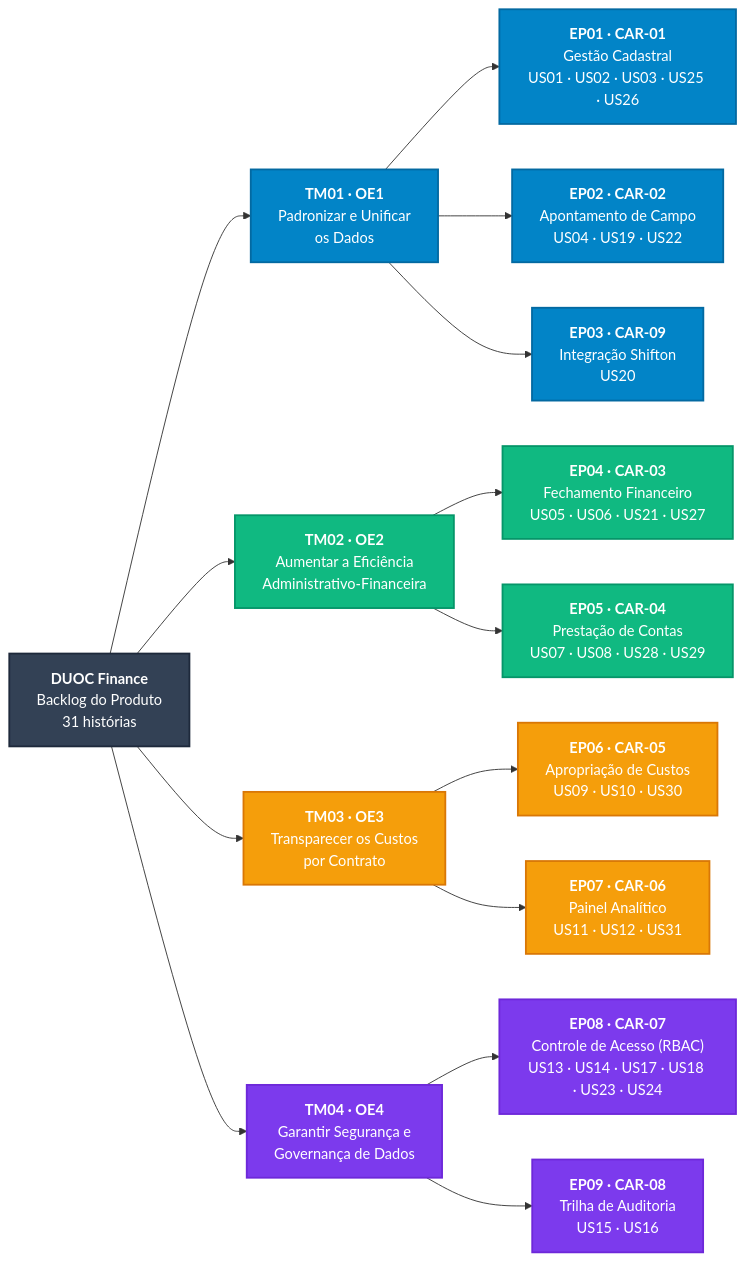
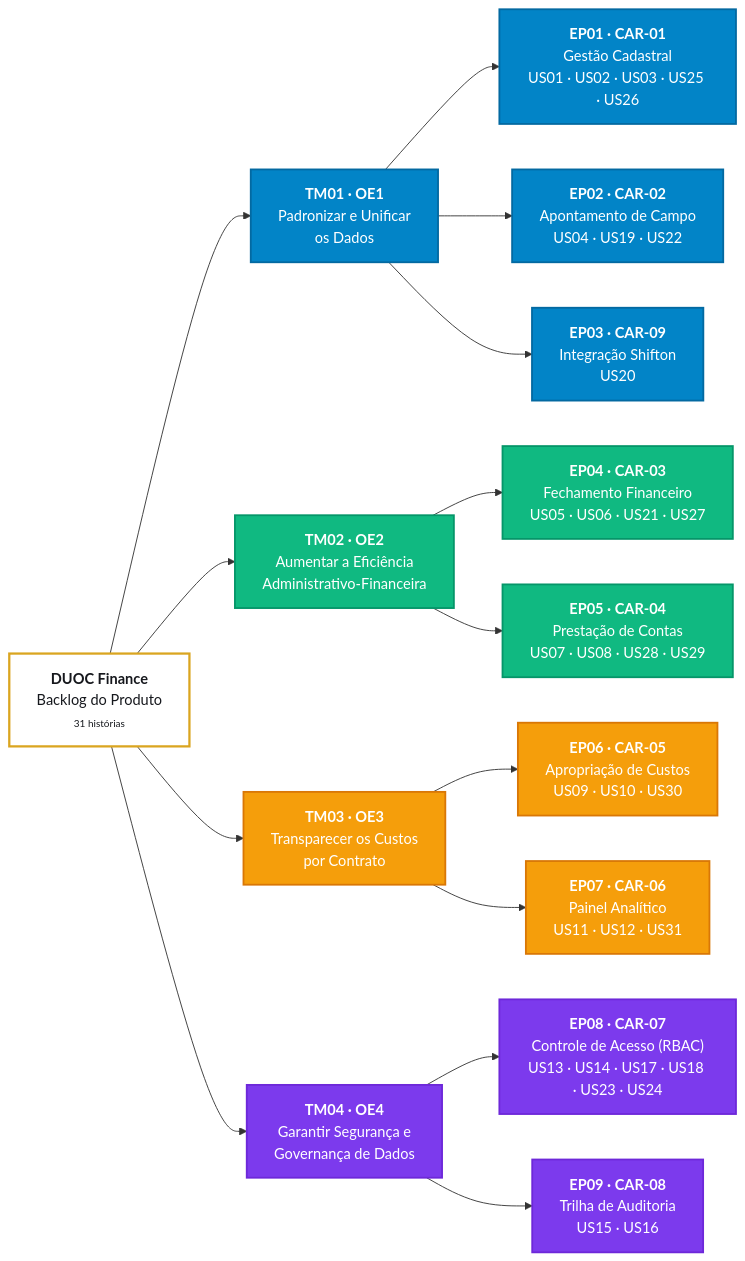
The first of 2 diagrams in docs/backlog/index.md (mdsreq-fga-unb/REQ-2026.2-T01-DUOC-Finance), drawn with Mermaid before and after one commit. The commit also changed other lines of this file and 3 other files, not shown here.

````diff
--- a/docs/backlog/index.md
+++ b/docs/backlog/index.md
@@ -18,37 +17,37 @@
 ```mermaid
 flowchart LR
-    PROD["<b>DUOC Finance</b><br>Backlog do Produto<br>31 histórias"]
+    PROD["<b style='color:#16181d;'>DUOC Finance</b><br><span style='color:#334155;'>Backlog do Produto</span><br><span style='color:#64748b; font-size:11px;'>31 histórias</span>"]
 
     TM01["<b>TM01 · OE1</b><br>Padronizar e Unificar<br>os Dados"]
     TM02["<b>TM02 · OE2</b><br>Aumentar a Eficiência<br>Administrativo-Financeira"]
     TM03["<b>TM03 · OE3</b><br>Transparecer os Custos<br>por Contrato"]
     TM04["<b>TM04 · OE4</b><br>Garantir Segurança e<br>Governança de Dados"]
 
     EP01["<b>EP01 · CAR-01</b><br>Gestão Cadastral<br>US01 · US02 · US03 · US25 · US26"]
     EP02["<b>EP02 · CAR-02</b><br>Apontamento de Campo<br>US04 · US19 · US22"]
     EP03["<b>EP03 · CAR-09</b><br>Integração Shifton<br>US20"]
     EP04["<b>EP04 · CAR-03</b><br>Fechamento Financeiro<br>US05 · US06 · US21 · US27"]
     EP05["<b>EP05 · CAR-04</b><br>Prestação de Contas<br>US07 · US08 · US28 · US29"]
     EP06["<b>EP06 · CAR-05</b><br>Apropriação de Custos<br>US09 · US10 · US30"]
     EP07["<b>EP07 · CAR-06</b><br>Painel Analítico<br>US11 · US12 · US31"]
     EP08["<b>EP08 · CAR-07</b><br>Controle de Acesso (RBAC)<br>US13 · US14 · US17 · US18 · US23 · US24"]
     EP09["<b>EP09 · CAR-08</b><br>Trilha de Auditoria<br>US15 · US16"]
 
     PROD --> TM01 & TM02 & TM03 & TM04
     TM01 --> EP01 & EP02 & EP03
     TM02 --> EP04 & EP05
     TM03 --> EP06 & EP07
     TM04 --> EP08 & EP09
 
-    classDef prodClass fill:#334155,stroke:#1e293b,stroke-width:2px,color:#ffffff;
+    classDef prodClass fill:#ffffff,stroke:#DAA520,stroke-width:2.5px,color:#16181d;
     classDef oe1Class fill:#0284c7,stroke:#0369a1,stroke-width:2px,color:#ffffff;
     classDef oe2Class fill:#10b981,stroke:#059669,stroke-width:2px,color:#ffffff;
     classDef oe3Class fill:#f59e0b,stroke:#d97706,stroke-width:2px,color:#ffffff;
     classDef oe4Class fill:#7c3aed,stroke:#6d28d9,stroke-width:2px,color:#ffffff;
 
     class PROD prodClass;
     class TM01,EP01,EP02,EP03 oe1Class;
     class TM02,EP04,EP05 oe2Class;
     class TM03,EP06,EP07 oe3Class;
     class TM04,EP08,EP09 oe4Class;
 ```
````
